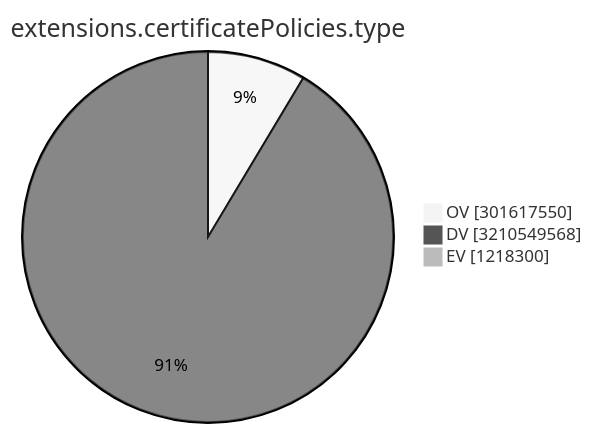
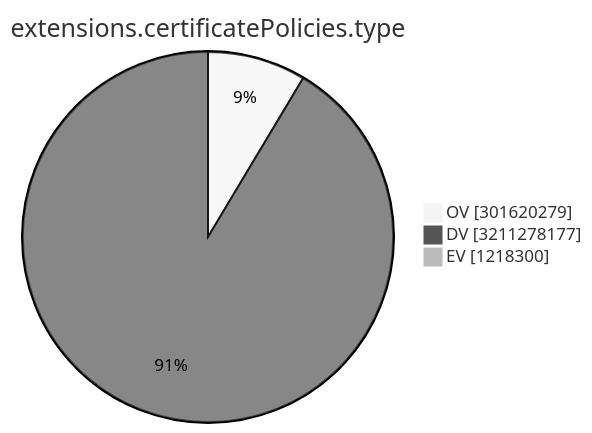
One commit to christiankrug/ctmonitor_visualization changed the ninth of 15 diagrams in TOTAL/README.md. Above: the diagram before and after it, drawn with Mermaid (neutral theme). The commit also changed other lines of this file, not shown here.

````diff
--- a/TOTAL/README.md
+++ b/TOTAL/README.md
@@ -3106,7 +3106,7 @@
 ```mermaid
 pie showData
 title extensions.certificatePolicies.type
-"OV" :301617550
-"DV" :3210549568
+"OV" :301620279
+"DV" :3211278177
 "EV" :1218300
 ```
````
